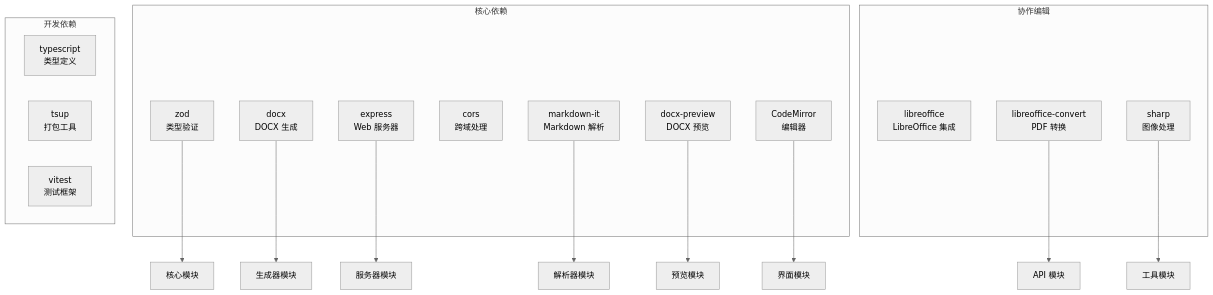
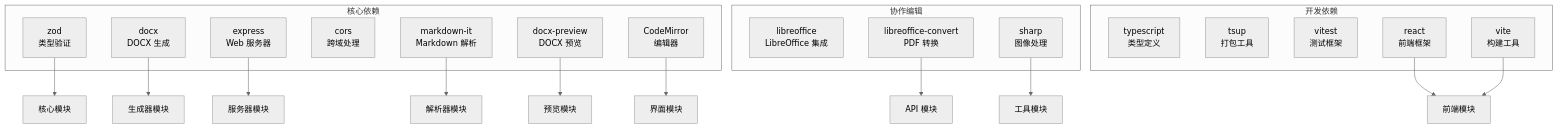
Diagram 18 of 18 in .lingma/repowiki/zh/content/用户指南/前端界面现代化.md (wanwushelie/markdown-to-word-studio), drawn with Mermaid (neutral theme) before and after one commit. The commit also changed other lines of this file and 42 other files, not shown here.

````diff
--- a/.lingma/repowiki/zh/content/用户指南/前端界面现代化.md
+++ b/.lingma/repowiki/zh/content/用户指南/前端界面现代化.md
@@ -773,30 +971,34 @@
 ```mermaid
 graph TB
 subgraph "核心依赖"
 Zod[zod<br/>类型验证]
 Docx[docx<br/>DOCX 生成]
 Express[express<br/>Web 服务器]
 Cors[cors<br/>跨域处理]
 markdown-it[markdown-it<br/>Markdown 解析]
 docx-preview[docx-preview<br/>DOCX 预览]
 CodeMirror[CodeMirror<br/>编辑器]
 end
 subgraph "协作编辑"
 LibreOffice[libreoffice<br/>LibreOffice 集成]
 LibreConvert[libreoffice-convert<br/>PDF 转换]
 Sharp[sharp<br/>图像处理]
 end
 subgraph "开发依赖"
 TypeScript[typescript<br/>类型定义]
 Tsup[tsup<br/>打包工具]
 Vitest[vitest<br/>测试框架]
+React[react<br/>前端框架]
+Vite[vite<br/>构建工具]
 end
 Zod --> Core[核心模块]
 Docx --> Generator[生成器模块]
 Express --> Server[服务器模块]
 markdown-it --> Parser[解析器模块]
 docx-preview --> Preview[预览模块]
 CodeMirror --> UI[界面模块]
 LibreConvert --> API[API 模块]
 Sharp --> Utils[工具模块]
+React --> Frontend[前端模块]
+Vite --> Frontend[前端模块]
 ```
````
